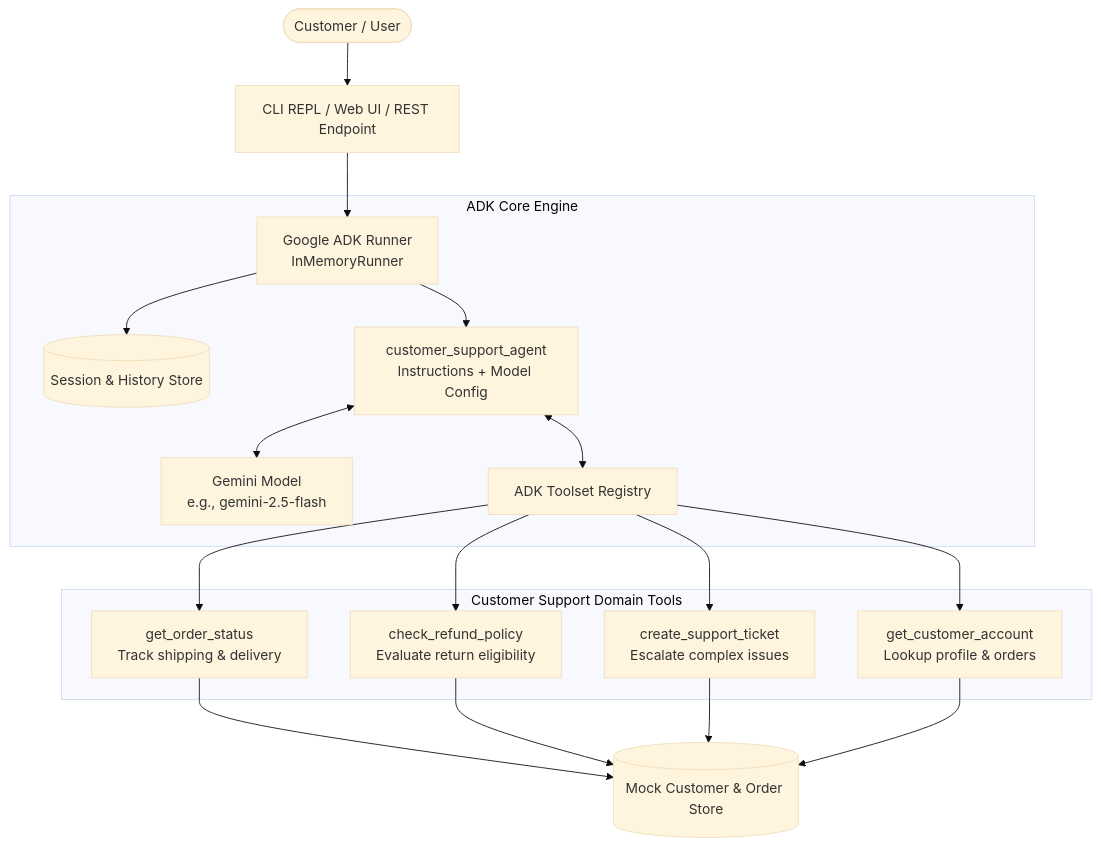
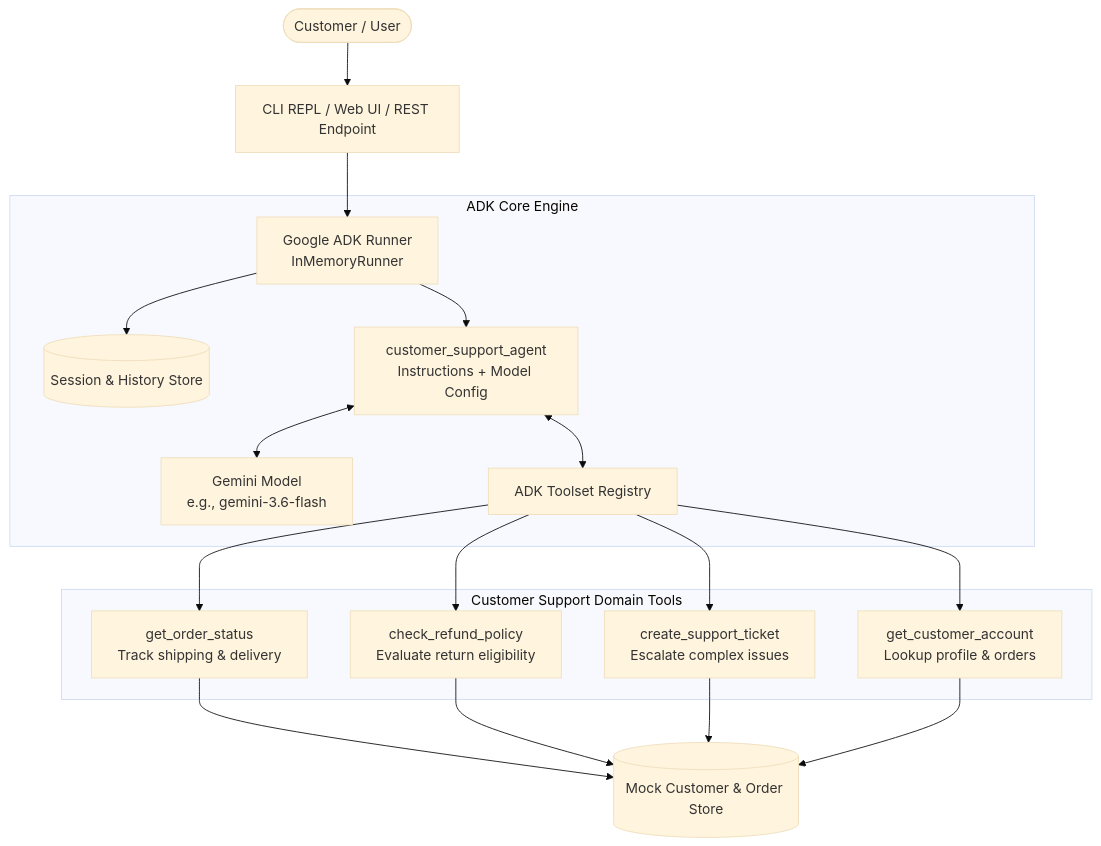
Before and after one commit to noam2030/test: the first of 2 diagrams in docs/ARCHITECTURE.md, drawn with Mermaid (base theme). The commit also changed other lines of this file and 5 other files, not shown here.

Commit message:
fix: update model to gemini-3.6-flash

````diff
--- a/docs/ARCHITECTURE.md
+++ b/docs/ARCHITECTURE.md
@@ -11,24 +11,24 @@
 ```mermaid
 flowchart TD
     User([Customer / User]) --> Interface[CLI REPL / Web UI / REST Endpoint]
     Interface --> Runner[Google ADK Runner\nInMemoryRunner]
     
     subgraph ADK Core Engine
         Runner --> SessionMgr[(Session & History Store)]
         Runner --> Agent[customer_support_agent\nInstructions + Model Config]
-        Agent <--> LLM[Gemini Model\ne.g., gemini-2.5-flash]
+        Agent <--> LLM[Gemini Model\ne.g., gemini-3.6-flash]
         Agent <--> ToolRegistry[ADK Toolset Registry]
     end
 
     subgraph Customer Support Domain Tools
         ToolRegistry --> T1[get_order_status\nTrack shipping & delivery]
         ToolRegistry --> T2[check_refund_policy\nEvaluate return eligibility]
         ToolRegistry --> T3[create_support_ticket\nEscalate complex issues]
         ToolRegistry --> T4[get_customer_account\nLookup profile & orders]
     end
 
     T1 --> MockDB[(Mock Customer & Order Store)]
     T2 --> MockDB
     T3 --> MockDB
     T4 --> MockDB
 ```
````
